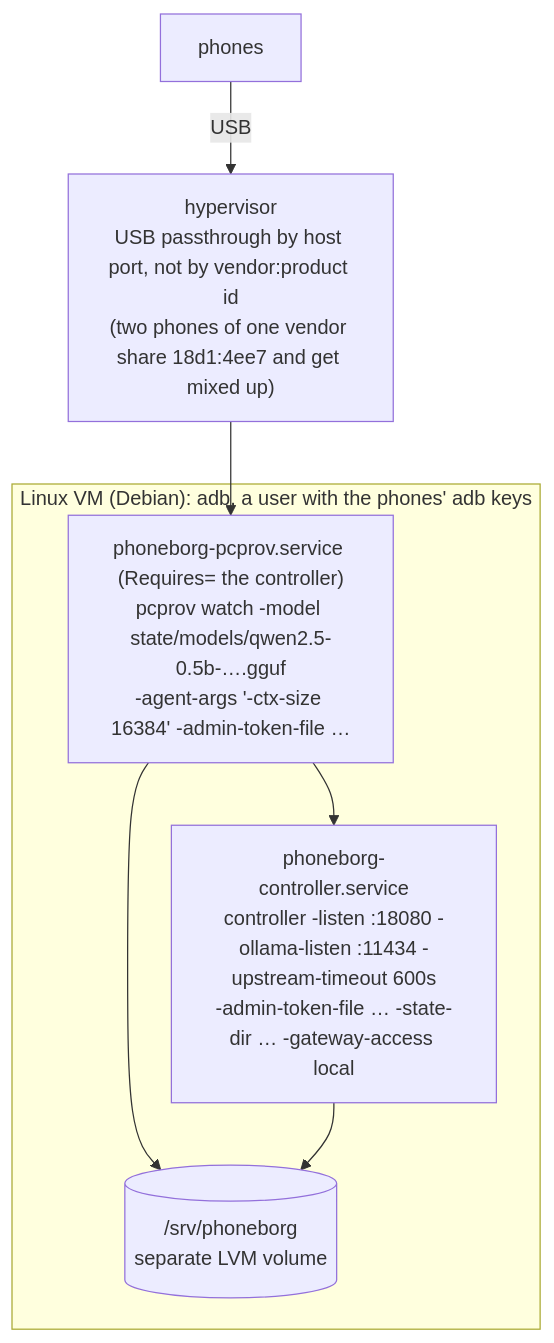
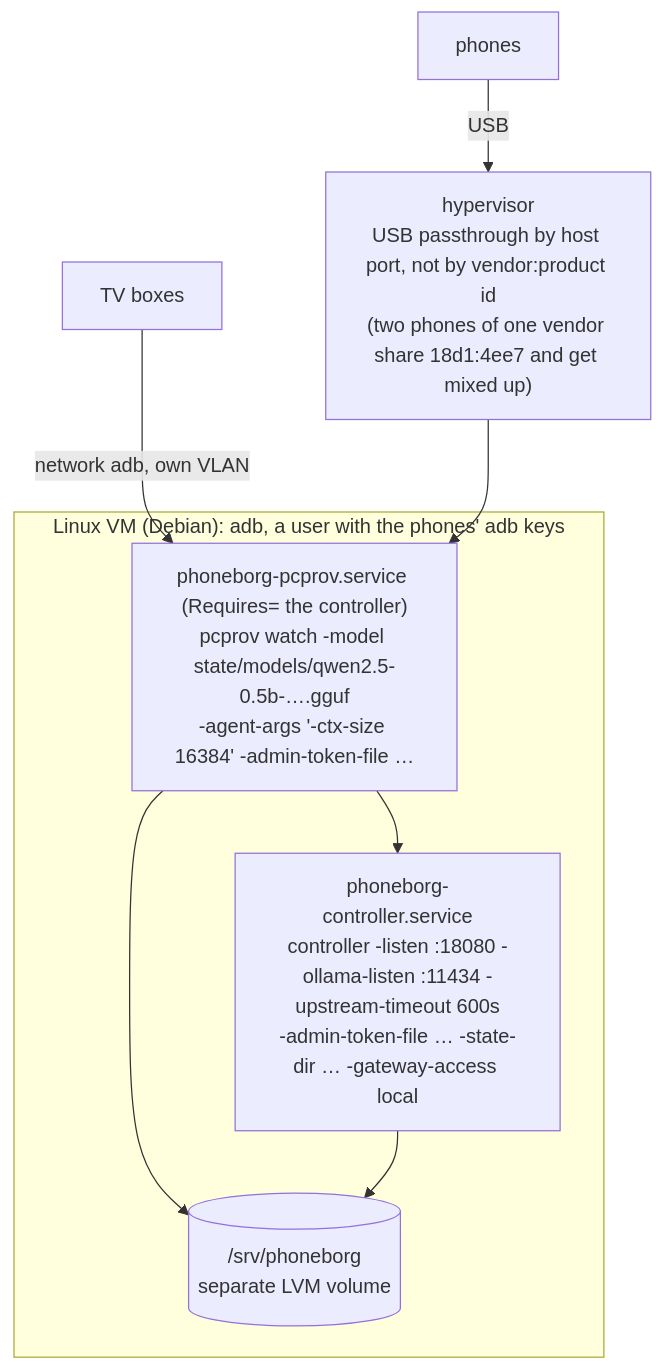
Before and after one commit to dzaczek/phoneborg: the ninth of 9 diagrams in docs/ARCHITECTURE.md, drawn with Mermaid. The commit also changed other lines of this file and 14 other files, not shown here.

First line of the commit message:
Show TV boxes across the docs and diagrams

````diff
--- a/docs/ARCHITECTURE.md
+++ b/docs/ARCHITECTURE.md
@@ -476,13 +487,14 @@
 ```mermaid
 flowchart TB
   phones["phones"] -->|"USB"| hv["hypervisor<br>USB passthrough by host port, not by vendor:product id<br>(two phones of one vendor share 18d1:4ee7 and get mixed up)"]
+  boxes["TV boxes"] -->|"network adb, own VLAN"| pc
   hv --> pc
   subgraph vm["Linux VM (Debian): adb, a user with the phones' adb keys"]
     pc["phoneborg-pcprov.service (Requires= the controller)<br>pcprov watch -model state/models/qwen2.5-0.5b-….gguf<br>-agent-args '-ctx-size 16384' -admin-token-file …"]
     ctl["phoneborg-controller.service<br>controller -listen :18080 -ollama-listen :11434 -upstream-timeout 600s<br>-admin-token-file … -state-dir … -gateway-access local"]
     disk[("/srv/phoneborg<br>separate LVM volume")]
     pc --> ctl
     pc --> disk
     ctl --> disk
   end
 ```
````
